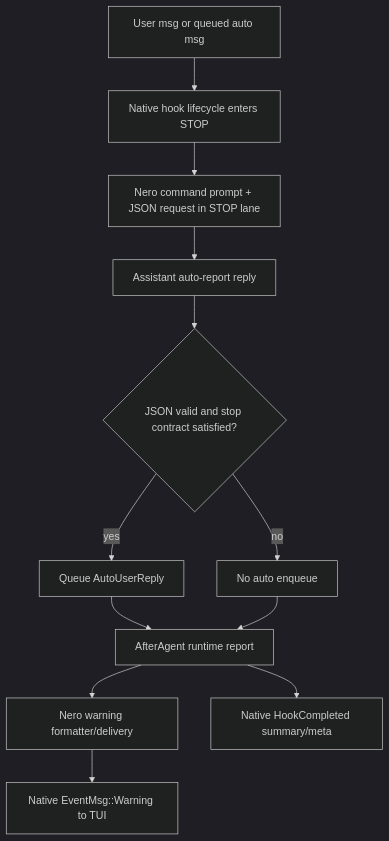
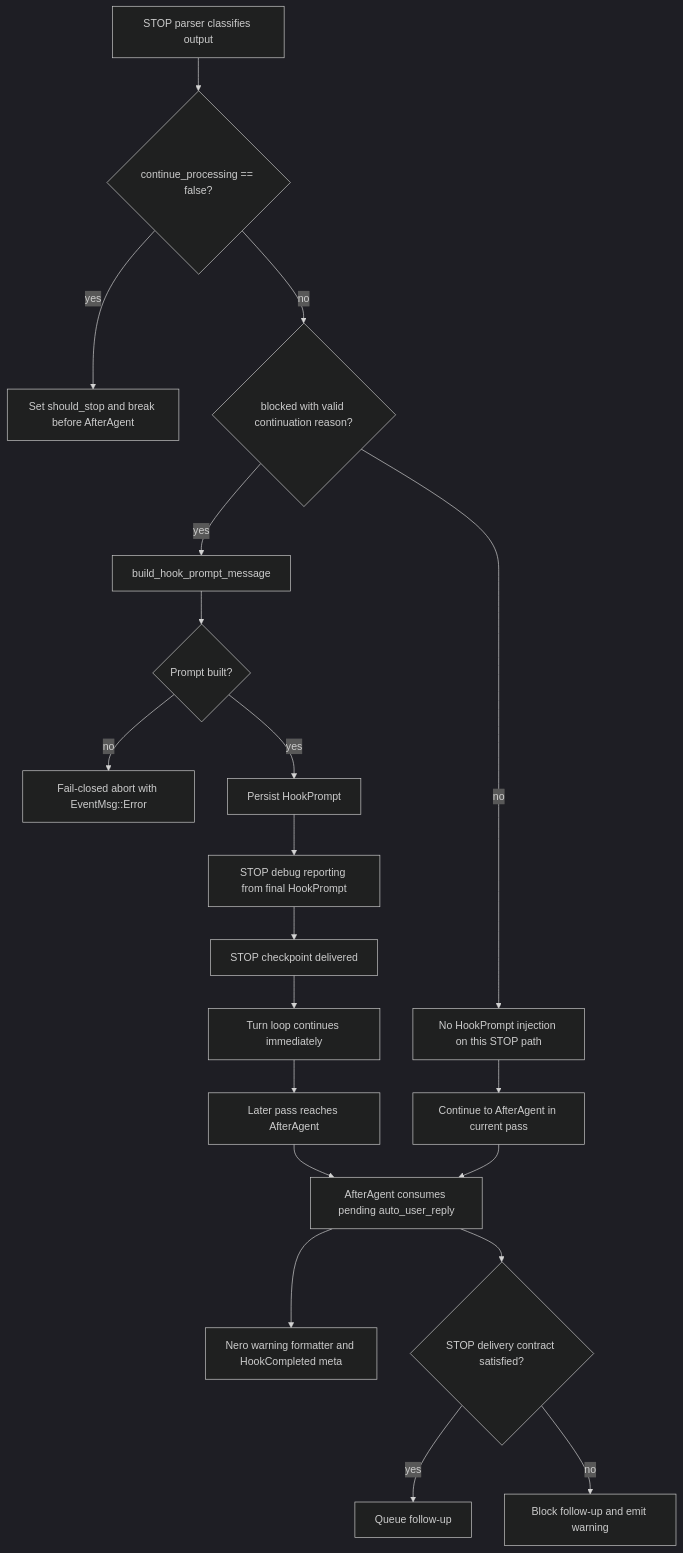
The first of 4 diagrams in docs-nero-fork/codex-rs-fork-surface-atlas.md (GattoUberNero/codex), drawn with Mermaid before and after one commit. The commit also changed other lines of this file and 99 other files, not shown here.

````diff
--- a/docs-nero-fork/codex-rs-fork-surface-atlas.md
+++ b/docs-nero-fork/codex-rs-fork-surface-atlas.md
@@ -337,15 +410,23 @@
 ```mermaid
 %%{ init: { 'theme': 'dark' } }%%
 flowchart TD
-    A[User msg or queued auto msg] --> B[Native hook lifecycle enters STOP]
-    B --> C[Nero command prompt + JSON request in STOP lane]
-    C --> D[Assistant auto-report reply]
-    D --> E{JSON valid and stop contract satisfied?}
-    E -- yes --> F[Queue AutoUserReply]
-    E -- no --> G[No auto enqueue]
-    F --> H[AfterAgent runtime report]
-    G --> H
-    H --> I[Nero warning formatter/delivery]
-    I --> J[Native EventMsg::Warning to TUI]
-    H --> K[Native HookCompleted summary/meta]
+    A[STOP parser classifies output] --> B{continue_processing == false?}
+    B -- yes --> C[Set should_stop and break before AfterAgent]
+    B -- no --> D{blocked with valid continuation reason?}
+    D -- yes --> E[build_hook_prompt_message]
+    E --> F{Prompt built?}
+    F -- no --> G[Fail-closed abort with EventMsg::Error]
+    F -- yes --> H[Persist HookPrompt]
+    H --> I[STOP debug reporting from final HookPrompt]
+    I --> J[STOP checkpoint delivered]
+    D -- no --> K[No HookPrompt injection on this STOP path]
+    J --> L[Turn loop continues immediately]
+    K --> M[Continue to AfterAgent in current pass]
+    L --> N[Later pass reaches AfterAgent]
+    M --> O[AfterAgent consumes pending auto_user_reply]
+    N --> O
+    O --> S[Nero warning formatter and HookCompleted meta]
+    O --> P{STOP delivery contract satisfied?}
+    P -- yes --> Q[Queue follow-up]
+    P -- no --> R[Block follow-up and emit warning]
 ```
````
